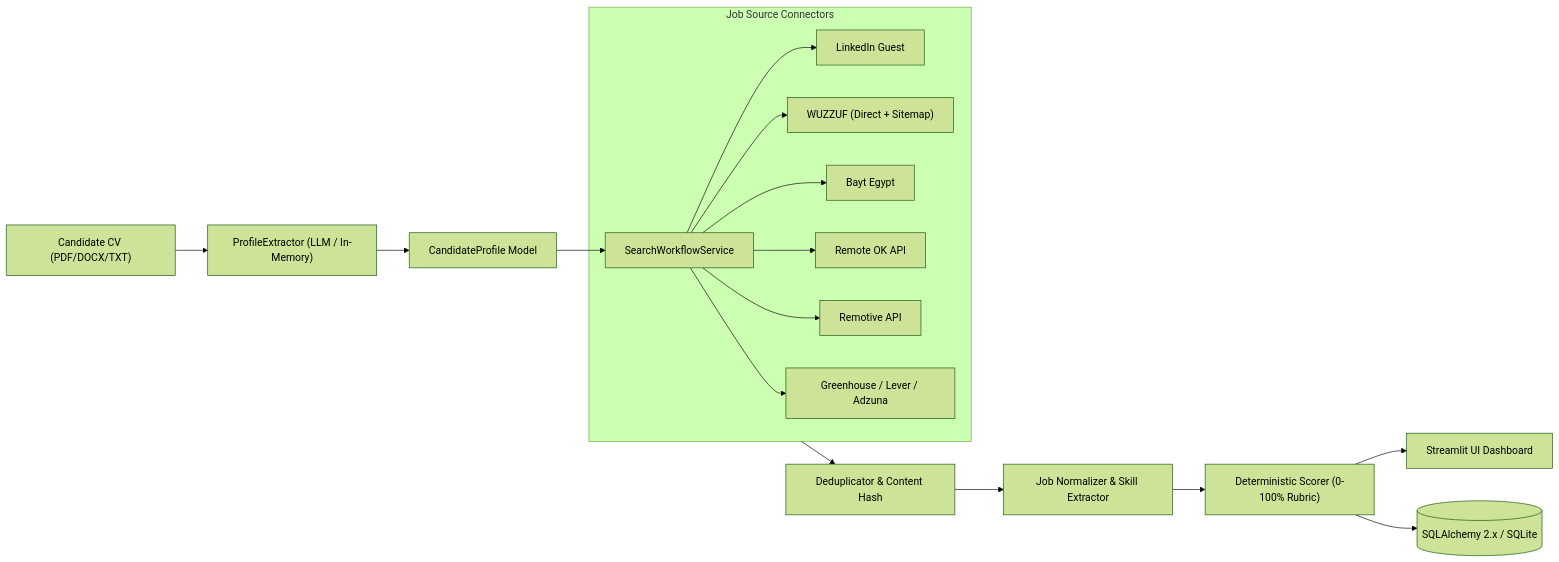
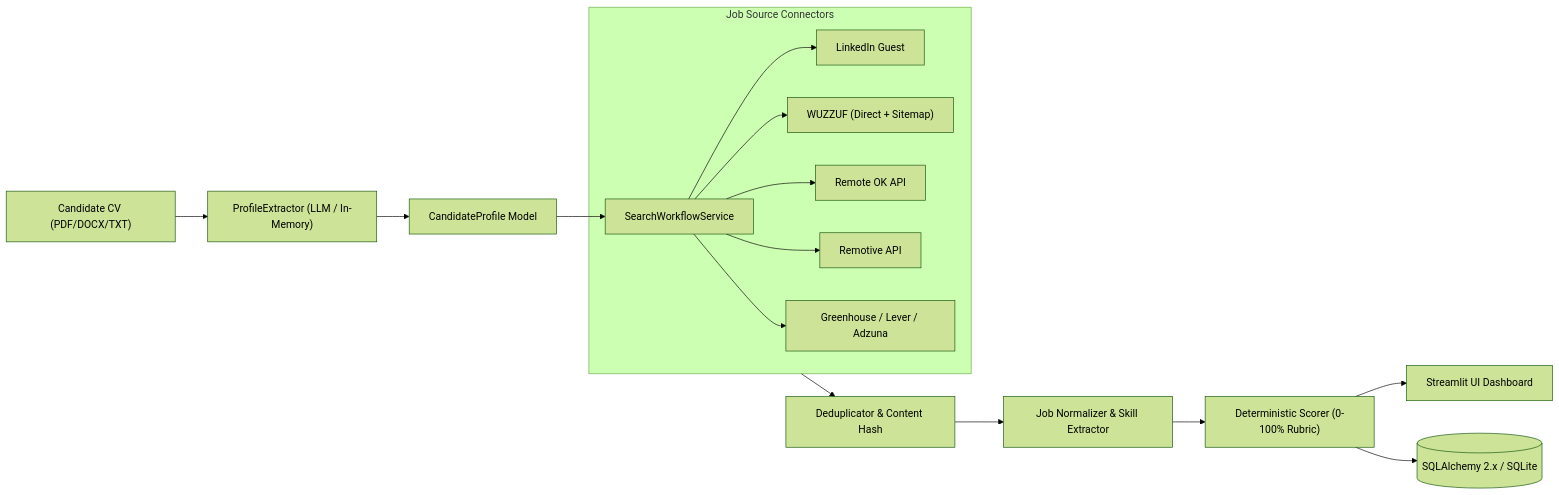
Before and after one commit to Ahmed-Tarek0/opportunity-radar: the diagram in README.md, drawn with Mermaid (forest theme). The commit also changed other lines of this file and 5 other files, not shown here.

````diff
--- a/README.md
+++ b/README.md
@@ -83,21 +82,20 @@
 ```mermaid
 graph LR
     CV["Candidate CV (PDF/DOCX/TXT)"] --> PE["ProfileExtractor (LLM / In-Memory)"]
     PE --> CP["CandidateProfile Model"]
     CP --> SWS["SearchWorkflowService"]
     
     subgraph Sources ["Job Source Connectors"]
         SWS --> LI["LinkedIn Guest"]
         SWS --> WZ["WUZZUF (Direct + Sitemap)"]
-        SWS --> BY["Bayt Egypt"]
         SWS --> RO["Remote OK API"]
         SWS --> RM["Remotive API"]
         SWS --> ATS["Greenhouse / Lever / Adzuna"]
     end
 
     Sources --> DEDUP["Deduplicator & Content Hash"]
     DEDUP --> NORM["Job Normalizer & Skill Extractor"]
     NORM --> SCORER["Deterministic Scorer (0-100% Rubric)"]
     SCORER --> UI["Streamlit UI Dashboard"]
     SCORER --> DB[("SQLAlchemy 2.x / SQLite")]
 ```
````
